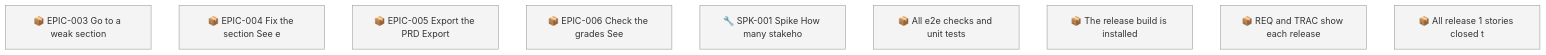
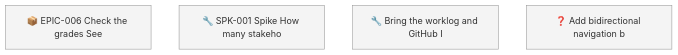
Before and after one commit to SpillwaveSolutions/prd-forge-viewer: the first of 2 diagrams in docs/roadmap.md, drawn with Mermaid. The commit also changed other lines of this file and 20 other files, not shown here.

````diff
--- a/docs/roadmap.md
+++ b/docs/roadmap.md
@@ -64,14 +57,9 @@
 ```mermaid
 graph TD
-    01M61XNJQPA0F7H1BG56ERNJ3P["📦 EPIC-003 Go to a weak section"]
-    01M61XNK50616FWM0WZ4FGWGEB["📦 EPIC-004 Fix the section See e"]
-    01M61XNK9MPMV0RAEKPX0JC3K4["📦 EPIC-005 Export the PRD Export"]
     01M61XNM7GHPSJ1B96BCHA59ZE["📦 EPIC-006 Check the grades See"]
     01M61XNM9NY7F4D4V7400J56X9["🔧 SPK-001 Spike How many stakeho"]
-    01M62C7REGCD2R415FMWFCZMV8["📦 All e2e checks and unit tests"]
-    01M62C7REGCD2R415FMWFCZMVA["📦 The release build is installed"]
-    01M62C7REHN9N2P8Z19K0EPA0F["📦 REQ and TRAC show each release"]
-    01M62C7REHN9N2P8Z19K0EPA0H["📦 All release 1 stories closed t"]
+    01M67N9KHR9BFVGGV7VCF908B6["🔧 Bring the worklog and GitHub I"]
+    01M67NFZH5C1HWH4SBC22ZVXMS["❓ Add bidirectional navigation b"]
     classDef todo fill:#f4f4f4,stroke:#999999
-    class 01M61XNJQPA0F7H1BG56ERNJ3P,01M61XNK50616FWM0WZ4FGWGEB,01M61XNK9MPMV0RAEKPX0JC3K4,01M61XNM7GHPSJ1B96BCHA59ZE,01M61XNM9NY7F4D4V7400J56X9,01M62C7REGCD2R415FMWFCZMV8,01M62C7REGCD2R415FMWFCZMVA,01M62C7REHN9N2P8Z19K0EPA0F,01M62C7REHN9N2P8Z19K0EPA0H todo
+    class 01M61XNM7GHPSJ1B96BCHA59ZE,01M61XNM9NY7F4D4V7400J56X9,01M67N9KHR9BFVGGV7VCF908B6,01M67NFZH5C1HWH4SBC22ZVXMS todo
 ```
````
